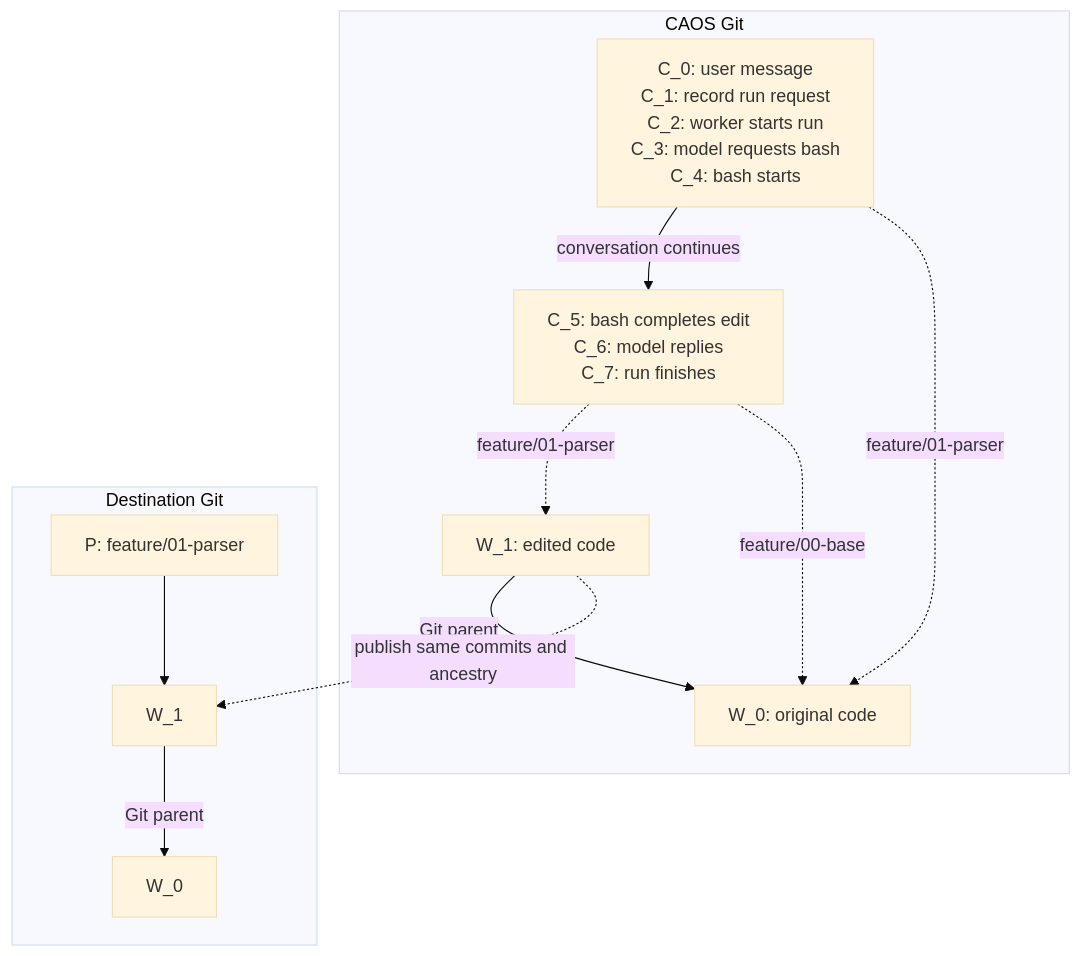
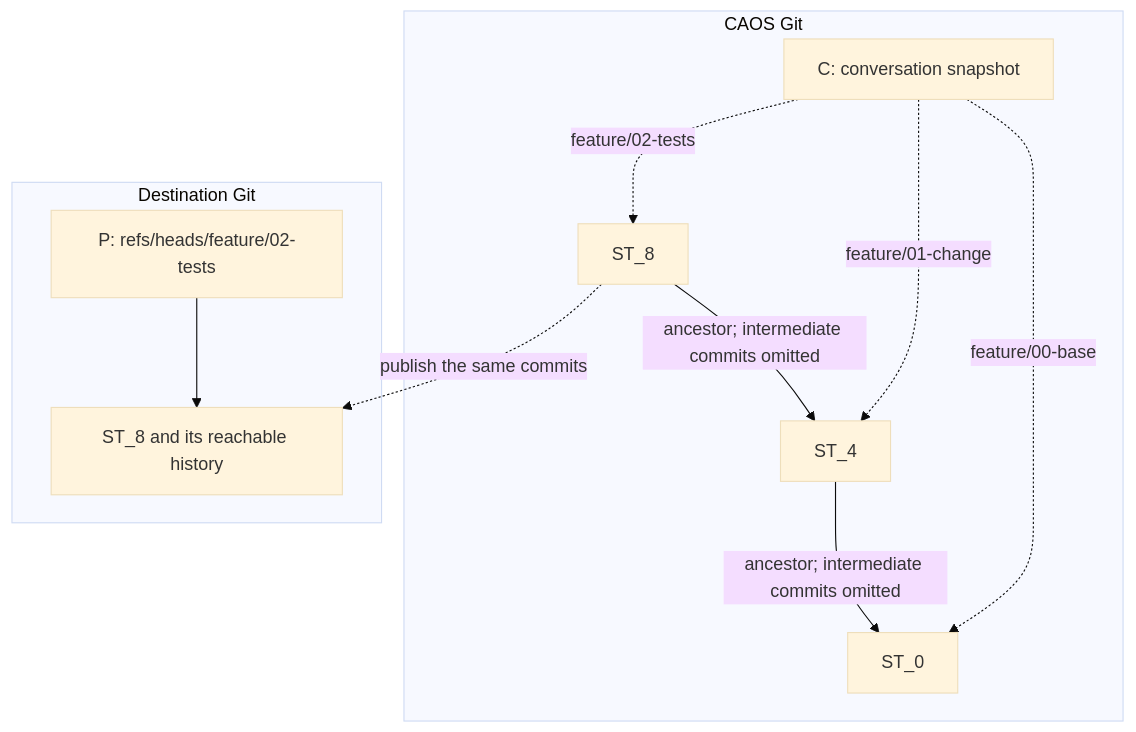
The diagram in design/chat.md (Metta-AI/caos), drawn with Mermaid (base theme) before and after one commit. The commit also changed other lines of this file, not shown here.

Commit message:
Explain conversation design through import, editing, delegation, and publication

````diff
--- a/design/chat.md
+++ b/design/chat.md
@@ -25,17 +39,15 @@
 ```mermaid
 flowchart TB
     subgraph caos["CAOS Git"]
-        before["C_0: user message<br/>C_1: record run request<br/>C_2: worker starts run<br/>C_3: model requests bash<br/>C_4: bash starts"]
-        after["C_5: bash completes edit<br/>C_6: model replies<br/>C_7: run finishes"]
-        before -->|conversation continues| after
-        before -.->|feature/01-parser| W0["W_0: original code"]
-        after -.->|feature/01-parser| W1["W_1: edited code"]
-        W1 -->|Git parent| W0
-        after -.->|feature/00-base| W0
+        C["C: conversation snapshot"]
+        C -.->|"feature/00-base"| ST0["ST_0"]
+        C -.->|"feature/01-change"| ST4["ST_4"]
+        C -.->|"feature/02-tests"| ST8["ST_8"]
+        ST8 -->|"ancestor; intermediate commits omitted"| ST4
+        ST4 -->|"ancestor; intermediate commits omitted"| ST0
     end
-    subgraph destination["Destination Git"]
-        P["P: feature/01-parser"] --> published1["W_1"]
-        published1 -->|Git parent| published0["W_0"]
+    subgraph remote["Destination Git"]
+        P["P: refs/heads/feature/02-tests"] --> Published["ST_8 and its reachable history"]
     end
-    W1 -.->|publish same commits and ancestry| published1
+    ST8 -.->|publish the same commits| Published
 ```
````
